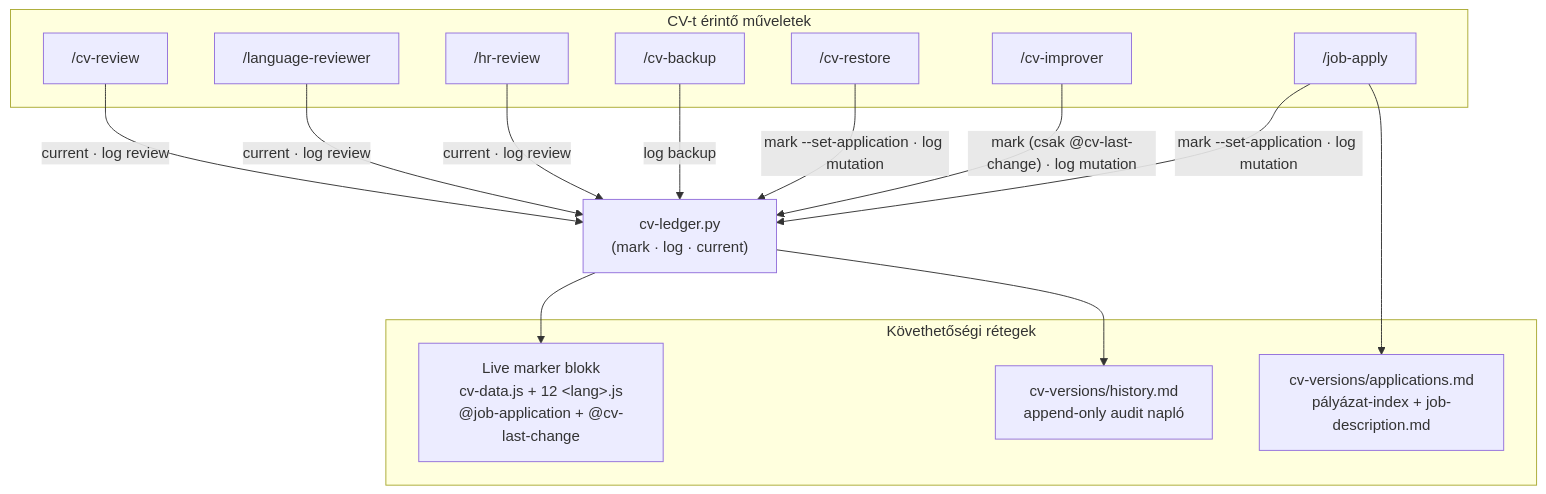
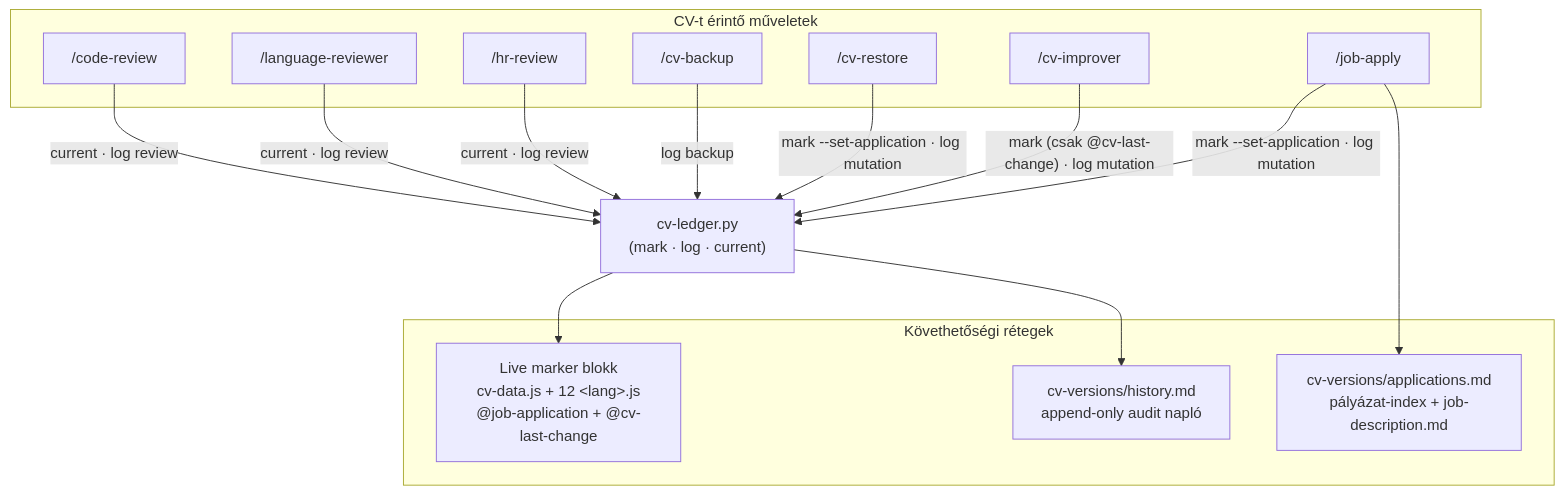
Before and after one commit to exphoenee/CV: the third of 5 diagrams in devdocs/ai-workflow.md, drawn with Mermaid. The commit also changed other lines of this file and 26 other files, not shown here.

````diff
--- a/devdocs/ai-workflow.md
+++ b/devdocs/ai-workflow.md
@@ -303,32 +303,32 @@
 ```mermaid
 graph TD
     subgraph Ops["CV-t érintő műveletek"]
         JA["/job-apply"]
         CI["/cv-improver"]
         CVR["/cv-restore"]
         CB["/cv-backup"]
         HR["/hr-review"]
         LRV["/language-reviewer"]
-        CRV["/cv-review"]
+        CRV["/code-review"]
     end
 
     LEDGER["cv-ledger.py<br/>(mark · log · current)"]
 
     subgraph Trace["Követhetőségi rétegek"]
         MARK["Live marker blokk<br/>cv-data.js + 12 &lt;lang&gt;.js<br/>@job-application + @cv-last-change"]
         HIST["cv-versions/history.md<br/>append-only audit napló"]
         APPS["cv-versions/applications.md<br/>pályázat-index + job-description.md"]
     end
 
     JA -->|"mark --set-application · log mutation"| LEDGER
     CI -->|"mark (csak @cv-last-change) · log mutation"| LEDGER
     CVR -->|"mark --set-application · log mutation"| LEDGER
     CB -->|"log backup"| LEDGER
     HR -->|"current · log review"| LEDGER
     LRV -->|"current · log review"| LEDGER
     CRV -->|"current · log review"| LEDGER
 
     LEDGER --> MARK
     LEDGER --> HIST
     JA --> APPS
 ```
````
